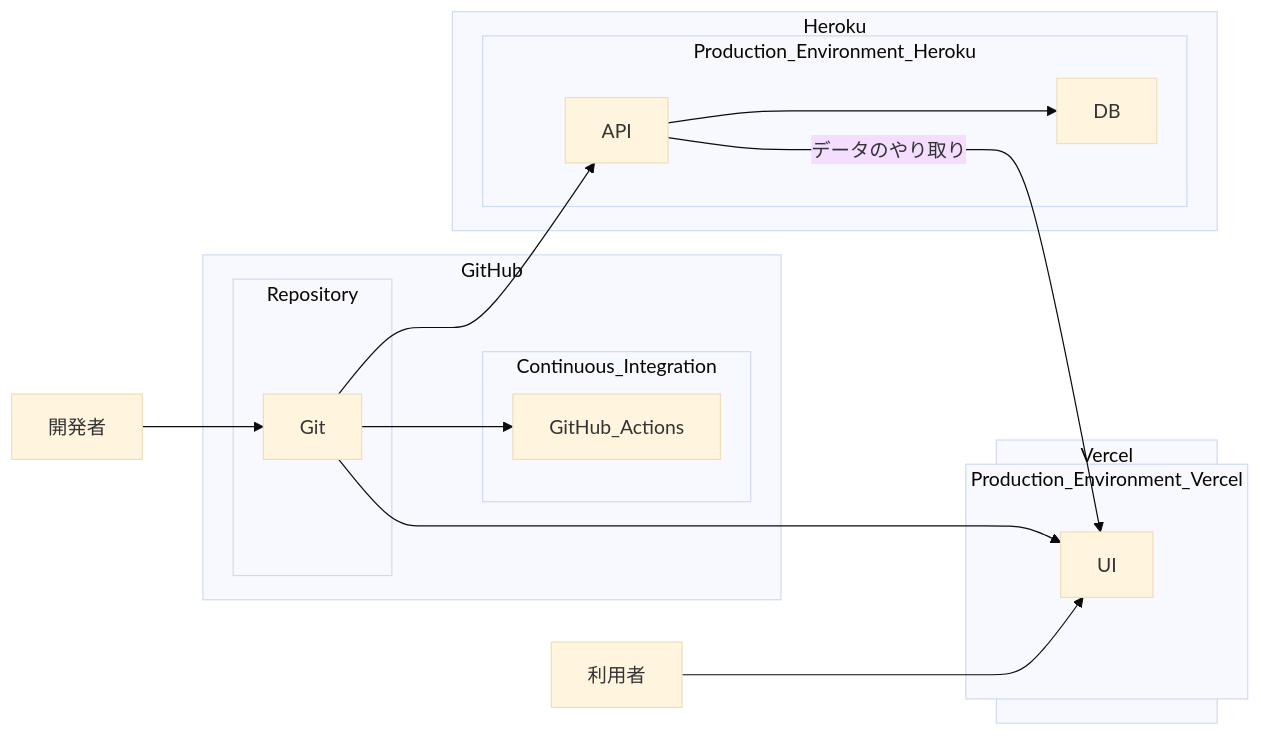
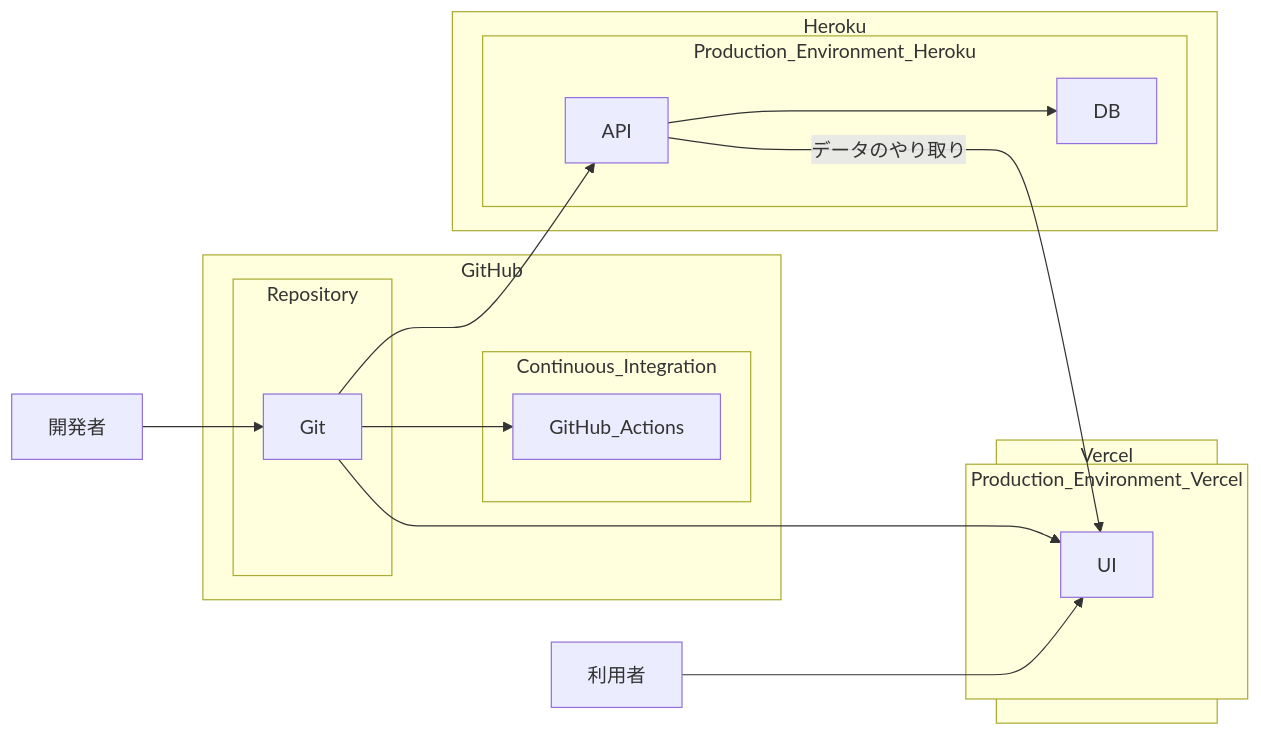
The diagram in docs/adr/0005-継続的インテグレーション.md (k2works/case-study-sales), drawn with Mermaid before and after one commit.

Commit message:
docs:ADR
Remove Mermaid theme initialization from CI ADR diagram

The Mermaid theme initialization was removed to simplify the diagram configuration. This change ensures default styling is applied, reducing unnecessary customizations.

````diff
--- a/docs/adr/0005-継続的インテグレーション.md
+++ b/docs/adr/0005-継続的インテグレーション.md
@@ -13,33 +13,32 @@
 ```mermaid
-%%{init: {'theme': 'base', 'themeVariables': { 'pie1': '#ffcc00', 'pie2': '#ff9900', 'pie3': '#ff6600' }}}%%
 graph LR
   subgraph GitHub
     subgraph Repository
       Git
     end
 
     subgraph Continuous_Integration
       GitHub_Actions
     end
   end
 
   subgraph Vercel
     subgraph Production_Environment_Vercel
       UI
     end
   end
 
   subgraph Heroku
     subgraph Production_Environment_Heroku
       API
       DB
     end
   end
 
   開発者 --> Git
   Git --> API & UI
   API --> DB
   API -->|データのやり取り| UI
   Git --> GitHub_Actions
   利用者 --> UI
 ```
````
